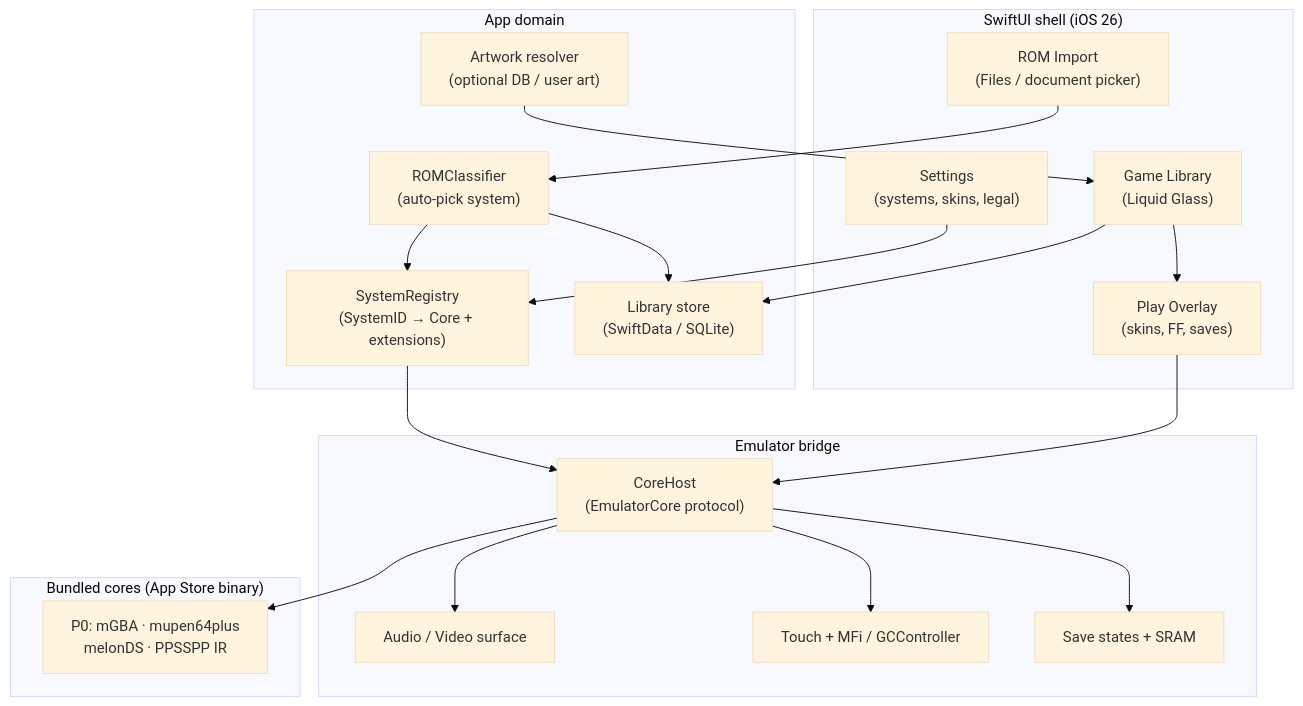
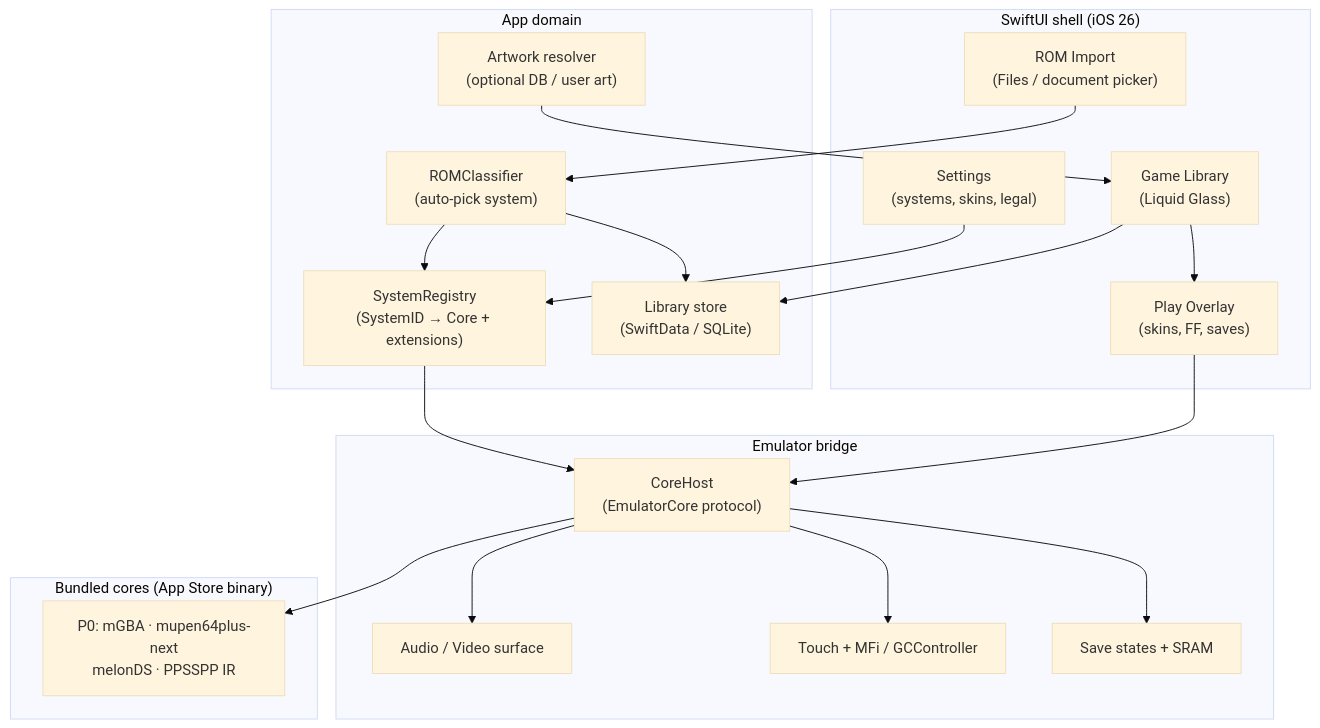
One commit to daniel-zn/retroplay changed the diagram in SPEC.md. Above: the diagram before and after it, drawn with Mermaid (base theme). The commit also changed other lines of this file and 3 other files, not shown here.

First line of the commit message:
Clarify N64 mupen64plus-next + GLideN64; expand PPSSPP IR defaults

````diff
--- a/SPEC.md
+++ b/SPEC.md
@@ -94,41 +94,41 @@
 ```mermaid
 flowchart TB
   subgraph UI["SwiftUI shell (iOS 26)"]
     Lib["Game Library\n(Liquid Glass)"]
     Import["ROM Import\n(Files / document picker)"]
     PlayUI["Play Overlay\n(skins, FF, saves)"]
     Settings["Settings\n(systems, skins, legal)"]
   end
 
   subgraph Domain["App domain"]
     Registry["SystemRegistry\n(SystemID → Core + extensions)"]
     Classifier["ROMClassifier\n(auto-pick system)"]
     LibraryDB["Library store\n(SwiftData / SQLite)"]
     Artwork["Artwork resolver\n(optional DB / user art)"]
   end
 
   subgraph Bridge["Emulator bridge"]
     CoreHost["CoreHost\n(EmulatorCore protocol)"]
     AV["Audio / Video surface"]
     Input["Touch + MFi / GCController"]
     Saves["Save states + SRAM"]
   end
 
   subgraph Bundled["Bundled cores (App Store binary)"]
-    P0Cores["P0: mGBA · mupen64plus\nmelonDS · PPSSPP IR"]
+    P0Cores["P0: mGBA · mupen64plus-next\nmelonDS · PPSSPP IR"]
   end
 
   Import --> Classifier
   Classifier --> Registry
   Classifier --> LibraryDB
   Lib --> LibraryDB
   Lib --> PlayUI
   PlayUI --> CoreHost
   Registry --> CoreHost
   CoreHost --> P0Cores
   CoreHost --> AV
   CoreHost --> Input
   CoreHost --> Saves
   Artwork --> Lib
   Settings --> Registry
 ```
````
